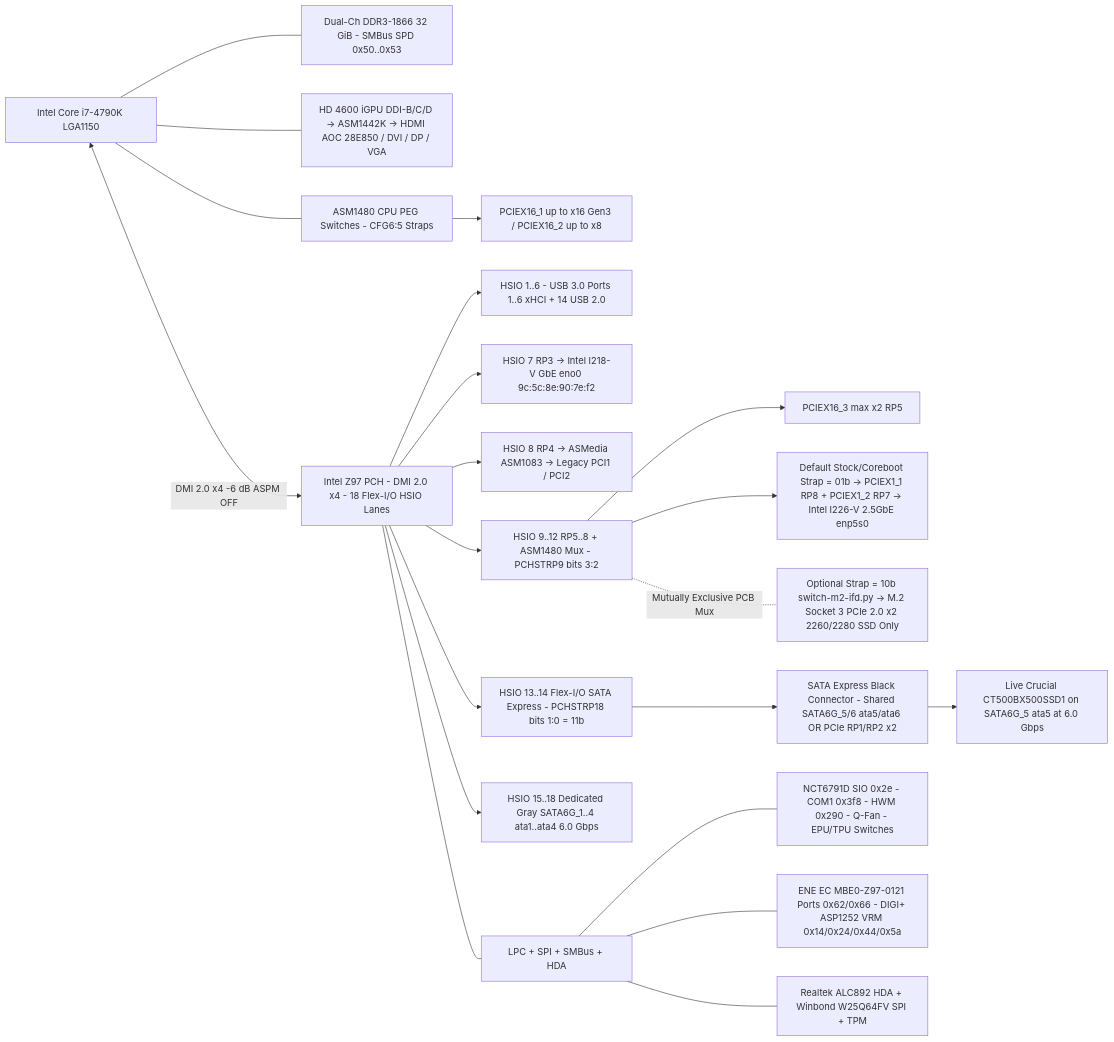
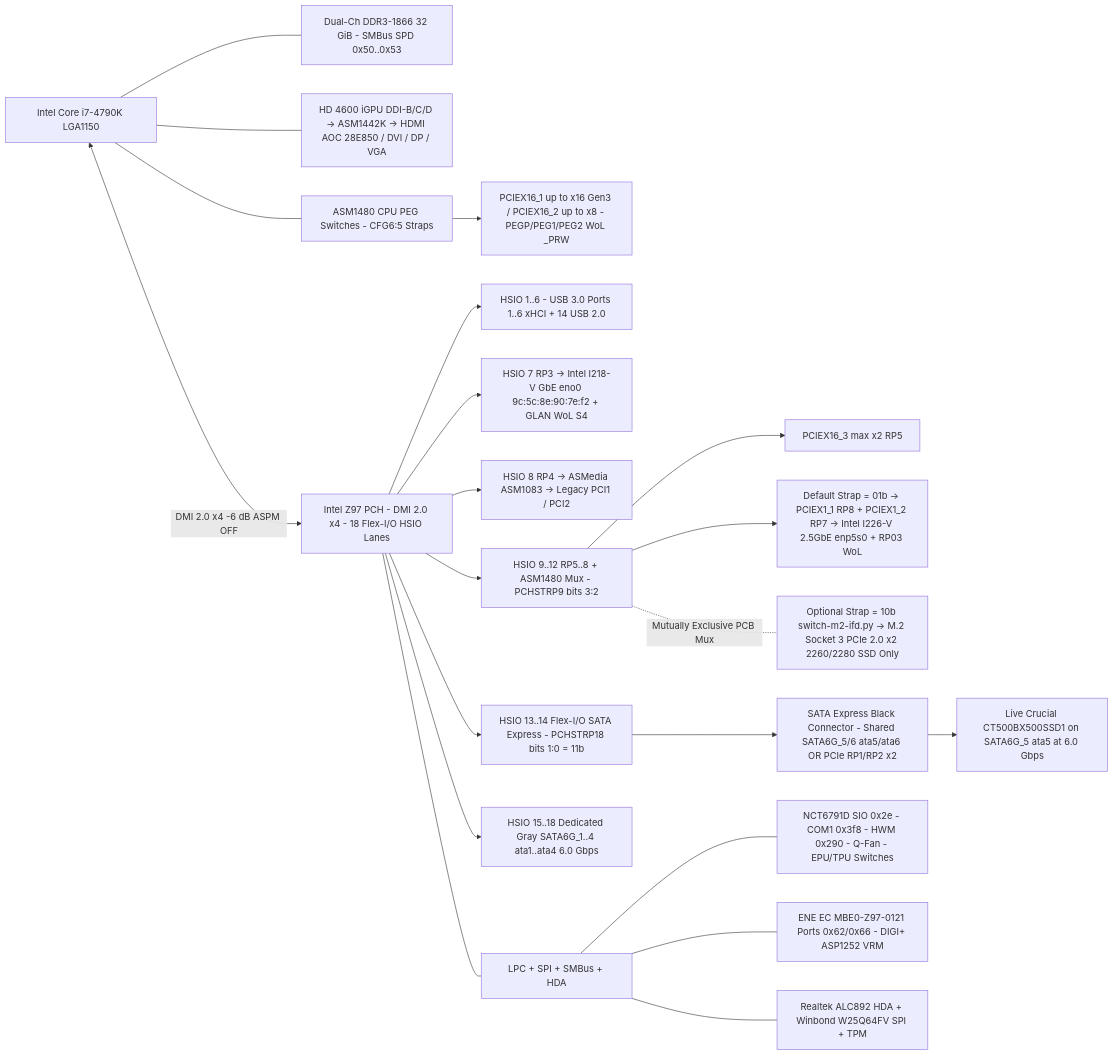
One commit to SanjayRavindran/asus-z97-a-coreboot changed the second of 3 diagrams in docs/COREBOOT-HW-SW-FLOW.md. Above: the diagram before and after it, drawn with Mermaid. The commit also changed other lines of this file and 9 other files, not shown here.

Commit message:
docs,skills: add hardware-to-software flowcharts and update docs/skills for v0.16 / v26.09-r2

````diff
--- a/docs/COREBOOT-HW-SW-FLOW.md
+++ b/docs/COREBOOT-HW-SW-FLOW.md
@@ -46,53 +47,53 @@
 ```mermaid
 flowchart LR
     CPU["Intel Core i7-4790K LGA1150"]
     IMC["Dual-Ch DDR3-1866 32 GiB - SMBus SPD 0x50..0x53"]
     DDI["HD 4600 iGPU DDI-B/C/D -> ASM1442K -> HDMI AOC 28E850 / DVI / DP / VGA"]
     PEG_MUX["ASM1480 CPU PEG Switches - CFG6:5 Straps"]
-    PEG1["PCIEX16_1 up to x16 Gen3 / PCIEX16_2 up to x8"]
+    PEG1["PCIEX16_1 up to x16 Gen3 / PCIEX16_2 up to x8 - PEGP/PEG1/PEG2 WoL _PRW"]
 
     PCH["Intel Z97 PCH - DMI 2.0 x4 - 18 Flex-I/O HSIO Lanes"]
 
     USB_HSIO["HSIO 1..6 - USB 3.0 Ports 1..6 xHCI + 14 USB 2.0"]
-    RP3_HSIO["HSIO 7 RP3 -> Intel I218-V GbE eno0 9c:5c:8e:90:7e:f2"]
+    RP3_HSIO["HSIO 7 RP3 -> Intel I218-V GbE eno0 9c:5c:8e:90:7e:f2 + GLAN WoL S4"]
     RP4_HSIO["HSIO 8 RP4 -> ASMedia ASM1083 -> Legacy PCI1 / PCI2"]
 
     FLEX_MUX["HSIO 9..12 RP5..8 + ASM1480 Mux - PCHSTRP9 bits 3:2"]
     PCIE_X16_3["PCIEX16_3 max x2 RP5"]
-    X1_MODE["Default Stock/Coreboot Strap = 01b -> PCIEX1_1 RP8 + PCIEX1_2 RP7 -> Intel I226-V 2.5GbE enp5s0"]
+    X1_MODE["Default Strap = 01b -> PCIEX1_1 RP8 + PCIEX1_2 RP7 -> Intel I226-V 2.5GbE enp5s0 + RP03 WoL"]
     M2_MODE["Optional Strap = 10b switch-m2-ifd.py -> M.2 Socket 3 PCIe 2.0 x2 2260/2280 SSD Only"]
 
     FLEX_SATAE["HSIO 13..14 Flex-I/O SATA Express - PCHSTRP18 bits 1:0 = 11b"]
     SATAE_PORT["SATA Express Black Connector - Shared SATA6G_5/6 ata5/ata6 OR PCIe RP1/RP2 x2"]
     BX500["Live Crucial CT500BX500SSD1 on SATA6G_5 ata5 at 6.0 Gbps"]
     SATA14["HSIO 15..18 Dedicated Gray SATA6G_1..4 ata1..ata4 6.0 Gbps"]
 
     LPC["LPC + SPI + SMBus + HDA"]
     SIO["NCT6791D SIO 0x2e - COM1 0x3f8 - HWM 0x290 - Q-Fan - EPU/TPU Switches"]
-    EC["ENE EC MBE0-Z97-0121 Ports 0x62/0x66 - DIGI+ ASP1252 VRM 0x14/0x24/0x44/0x5a"]
+    EC["ENE EC MBE0-Z97-0121 Ports 0x62/0x66 - DIGI+ ASP1252 VRM"]
     AUD["Realtek ALC892 HDA + Winbond W25Q64FV SPI + TPM"]
 
     CPU --- IMC
     CPU --- DDI
     CPU --- PEG_MUX
     PEG_MUX --> PEG1
     CPU <-- "DMI 2.0 x4 -6 dB ASPM OFF" --> PCH
 
     PCH --> USB_HSIO
     PCH --> RP3_HSIO
     PCH --> RP4_HSIO
     PCH --> FLEX_MUX
     FLEX_MUX --> PCIE_X16_3
     FLEX_MUX --> X1_MODE
     FLEX_MUX -. "Mutually Exclusive PCB Mux" .- M2_MODE
 
     PCH --> FLEX_SATAE
     FLEX_SATAE --> SATAE_PORT
     SATAE_PORT --> BX500
     PCH --> SATA14
 
     PCH --- LPC
     LPC --- SIO
     LPC --- EC
     LPC --- AUD
 ```
````
